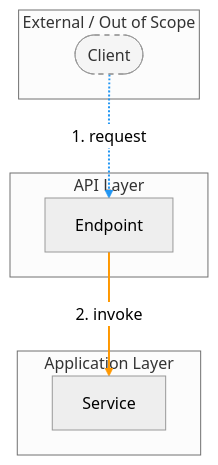
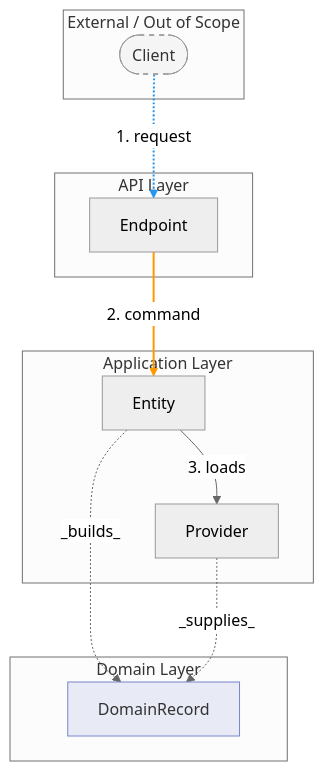
One commit to aklikic/openspec-diagrams-plugin changed the first of 3 diagrams in skills/diagrams/design-diagrams.template.md. Above: the diagram before and after it, drawn with Mermaid (neutral theme). The commit also changed other lines of this file and 1 other file, not shown here.

First line of the commit message:
Distinguish component vs domain object arrows in design diagrams

````diff
--- a/skills/diagrams/design-diagrams.template.md
+++ b/skills/diagrams/design-diagrams.template.md
@@ -58,22 +78,31 @@
 ```mermaid
 flowchart TD
     subgraph ext["External / Out of Scope"]
         Client([Client])
     end
 
     subgraph api["API Layer"]
         EP[Endpoint]
     end
 
     subgraph application["Application Layer"]
-        SVC[Service]
+        Entity[Entity]
+        Provider[Provider]
+    end
+
+    subgraph domain["Domain Layer"]
+        Record[DomainRecord]
     end
 
     Client -.->|"1. request"| EP
-    EP -->|"2. invoke"| SVC
+    EP ==>|"2. command"| Entity
+    Entity -->|"3. loads"| Provider
+    Entity -.->|"_builds_"| Record
+    Provider -.->|"_supplies_"| Record
 
     style Client stroke-dasharray:5 5,stroke:#999,fill:#f5f5f5,color:#333
+    style Record fill:#E8EAF6,stroke:#7986CB,color:#333
 
     linkStyle 0 stroke:#2196F3,stroke-width:2px
     linkStyle 1 stroke:#FF9800,stroke-width:2px
 ```
````
